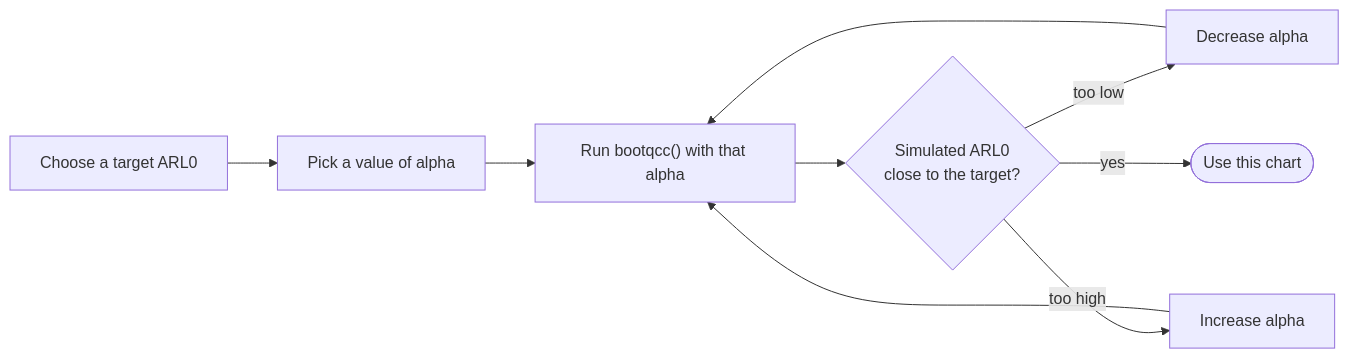
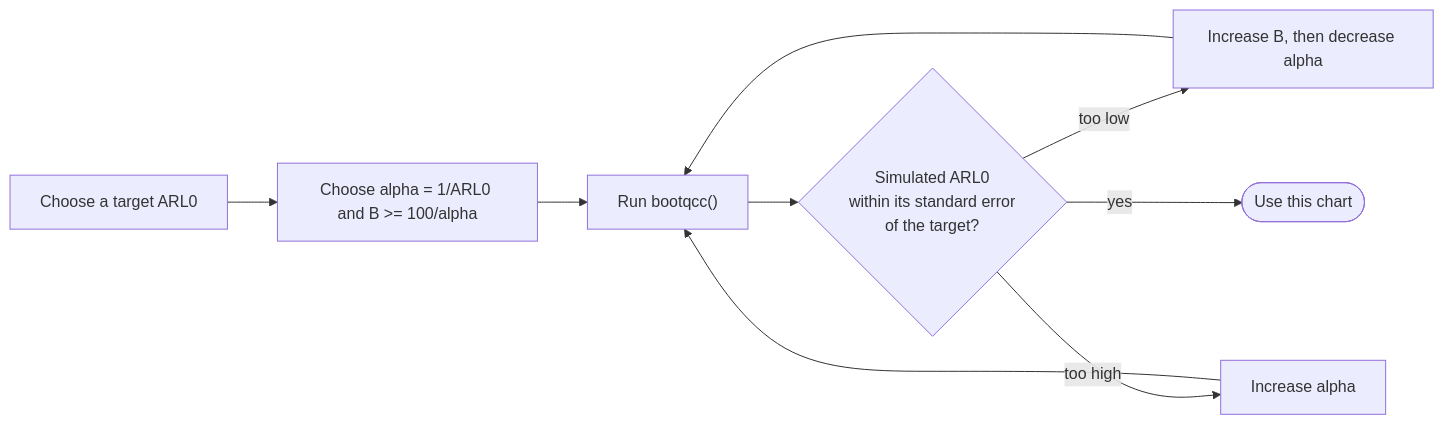
The fourth of 4 diagrams in bootqcc/README.md (yamenetoo/Statistical-Repository), drawn with Mermaid before and after one commit. The commit also changed other lines of this file and 21 other files, not shown here.

First line of the commit message:
bootqcc: add bootqcc_phase1() for Phase I data, exponential validation, vignette, methodology figure and references

````diff
--- a/bootqcc/README.md
+++ b/bootqcc/README.md
@@ -411,9 +750,9 @@
 ```mermaid
 flowchart LR
-    A[Choose a target ARL0] --> B[Pick a value of alpha]
-    B --> C["Run bootqcc() with that alpha"]
-    C --> D{"Simulated ARL0<br/>close to the target?"}
-    D -- too low --> E[Decrease alpha] --> C
+    A[Choose a target ARL0] --> B["Choose alpha = 1/ARL0 and B >= 100/alpha"]
+    B --> C["Run bootqcc()"]
+    C --> D{"Simulated ARL0<br/>within its standard error<br/>of the target?"}
+    D -- too low --> E[Increase B, then decrease alpha] --> C
     D -- too high --> F[Increase alpha] --> C
     D -- yes --> G([Use this chart])
 ```
````
